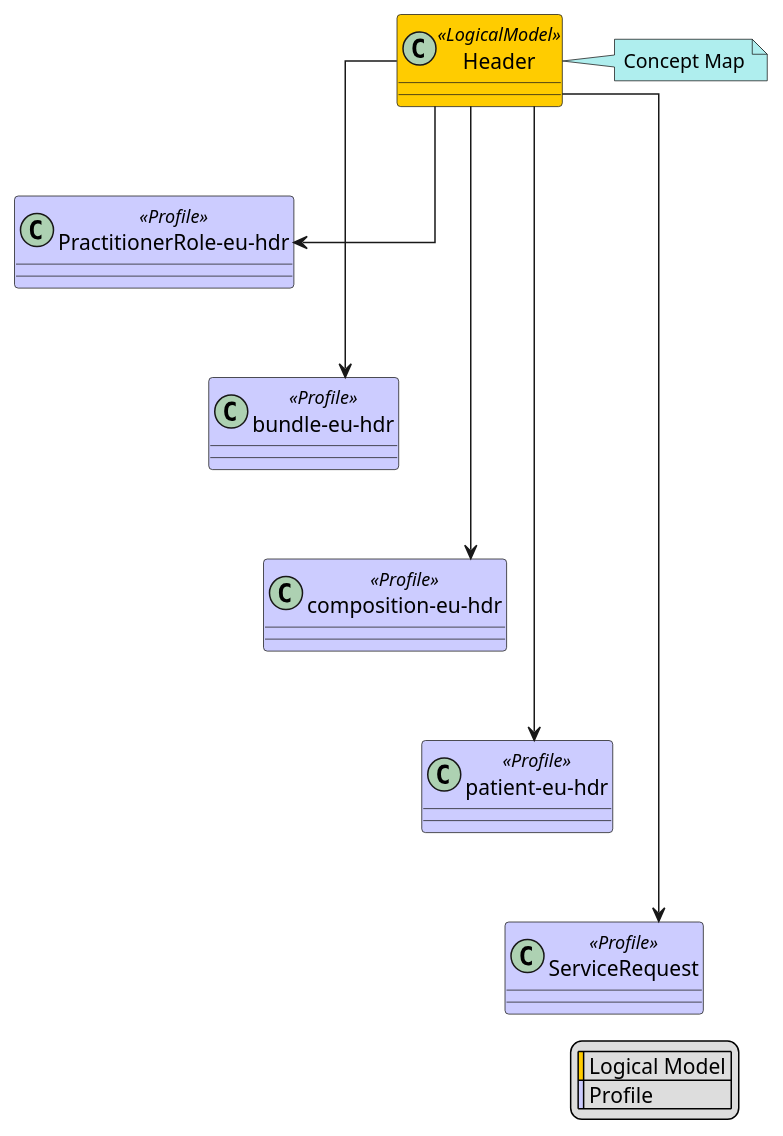
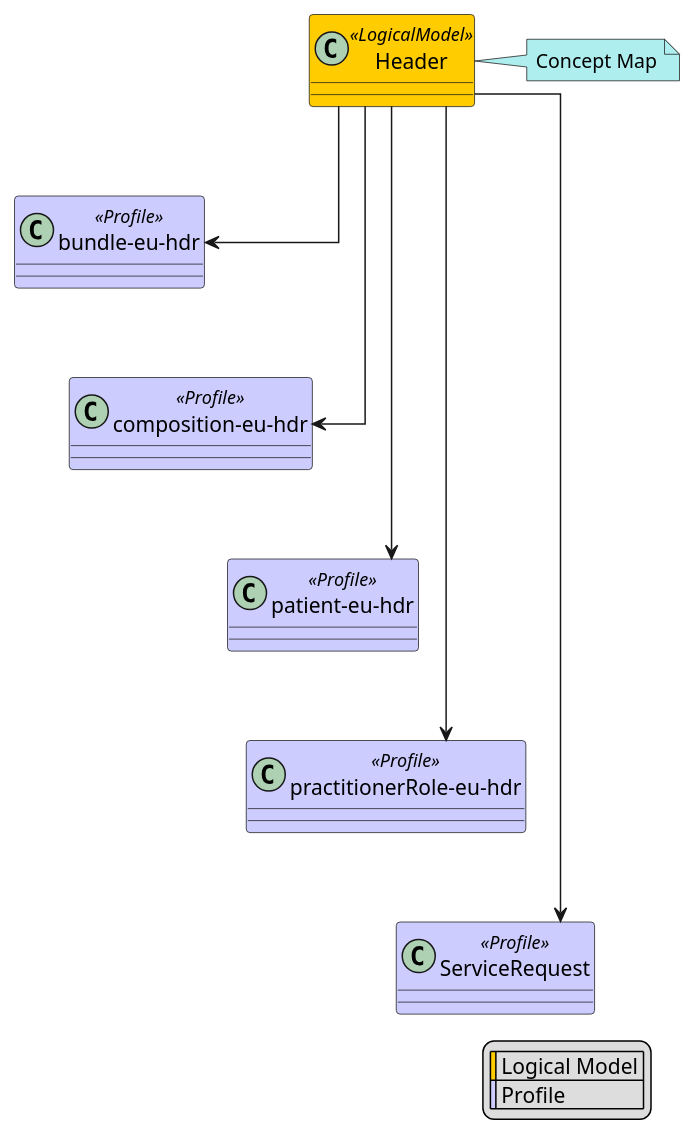
One commit to hl7-eu/hdr changed the diagram in input/images-source/Header-map.plantuml. Above: the diagram before and after it, drawn with PlantUML. The commit also changed 11 other files, not shown here.

```diff
--- a/input/images-source/Header-map.plantuml
+++ b/input/images-source/Header-map.plantuml
@@ -1,29 +1,29 @@
 @startuml
 skinparam class {
     BackgroundColor<<LogicalModel>> #FFCC00
     BackgroundColor<<Profile>> #CCCCFF
 }
 skinparam linetype ortho
 legend right
   | <#FFCC00> | Logical Model |
   | <#CCCCFF> | Profile |
 endlegend
 class "Header" <<LogicalModel>> [[StructureDefinition-Header.html]]
 note right #PaleTurquoise [[ConceptMap-hdrHeader2FHIR-eu-hdr.html]]
 Concept Map
 endnote
-class "PractitionerRole-eu-hdr" <<Profile>> [[StructureDefinition-PractitionerRole-eu-hdr.html]]
-"Header" --> "PractitionerRole-eu-hdr"
 class "bundle-eu-hdr" <<Profile>> [[StructureDefinition-bundle-eu-hdr.html]]
 "Header" --> "bundle-eu-hdr"
-"PractitionerRole-eu-hdr" -[hidden]-> "bundle-eu-hdr"
 class "composition-eu-hdr" <<Profile>> [[StructureDefinition-composition-eu-hdr.html]]
 "Header" --> "composition-eu-hdr"
 "bundle-eu-hdr" -[hidden]-> "composition-eu-hdr"
 class "patient-eu-hdr" <<Profile>> [[StructureDefinition-patient-eu-hdr.html]]
 "Header" --> "patient-eu-hdr"
 "composition-eu-hdr" -[hidden]-> "patient-eu-hdr"
+class "practitionerRole-eu-hdr" <<Profile>> [[StructureDefinition-practitionerRole-eu-hdr.html]]
+"Header" --> "practitionerRole-eu-hdr"
+"patient-eu-hdr" -[hidden]-> "practitionerRole-eu-hdr"
 class "ServiceRequest" <<Profile>> [[http://hl7.org/fhir/StructureDefinition/ServiceRequest]]
 "Header" --> "ServiceRequest"
-"patient-eu-hdr" -[hidden]-> "ServiceRequest"
+"practitionerRole-eu-hdr" -[hidden]-> "ServiceRequest"
 @enduml
```
